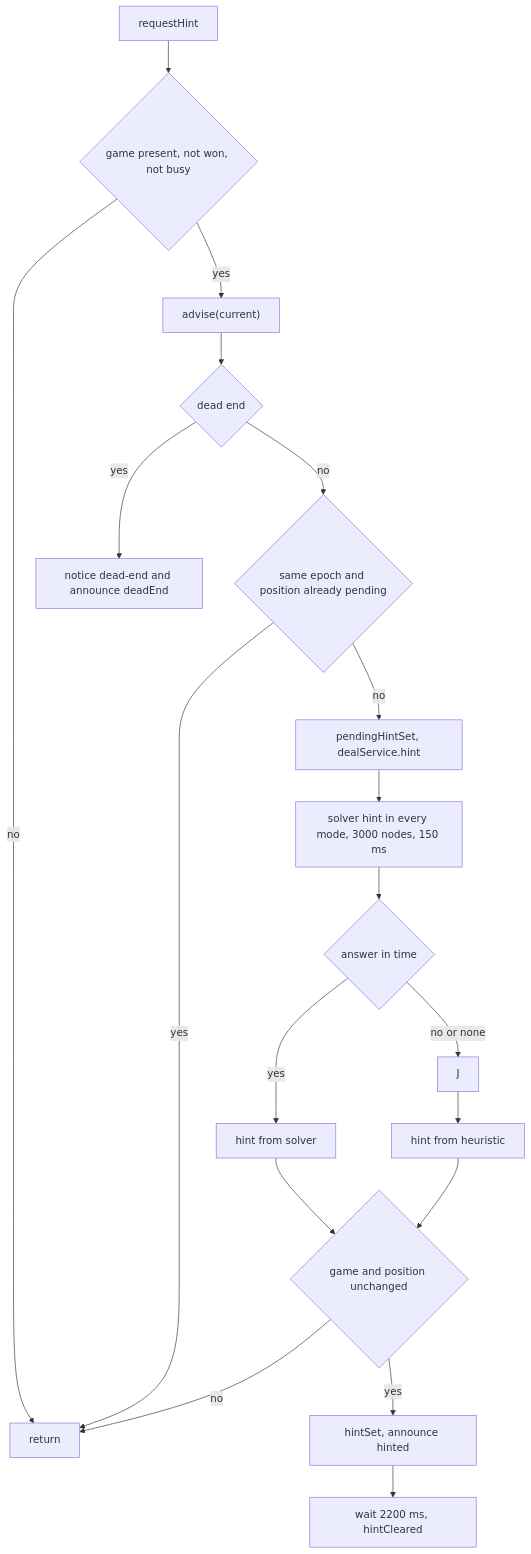
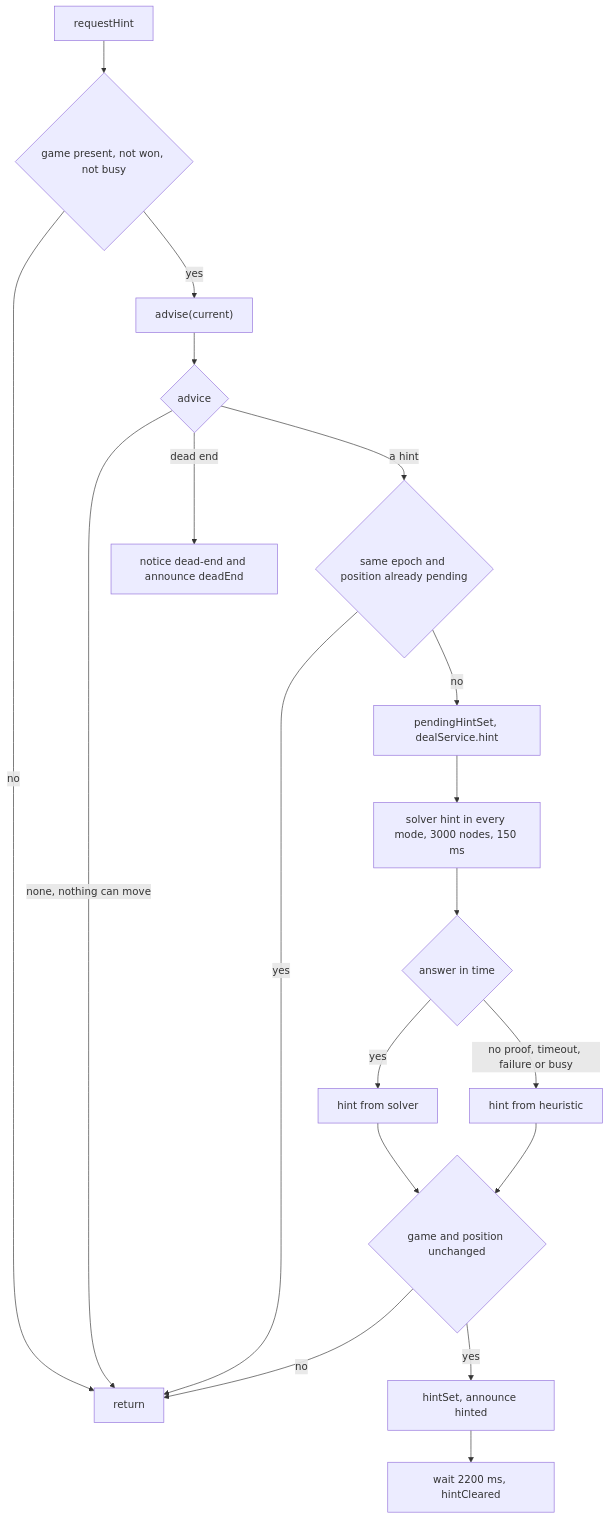
The fourth of 6 diagrams in docs/architecture/data-flows.md (sanyokkua/solitaire), drawn with Mermaid before and after one commit. The commit also changed other lines of this file and 10 other files, not shown here.

Commit message:
docs: architecture docs and module READMEs match the code

````diff
--- a/docs/architecture/data-flows.md
+++ b/docs/architecture/data-flows.md
@@ -179,21 +179,21 @@
 ```mermaid
 flowchart TD
     A["requestHint"] --> B{"game present, not won, not busy"}
     B -- "no" --> Z["return"]
     B -- "yes" --> C["advise(current)"]
-    C --> D{"dead end"}
-    D -- "yes" --> E["notice dead-end and announce deadEnd"]
-    D -- "no" --> F{"same epoch and position already pending"}
+    C --> D{"advice"}
+    D -- "none, nothing can move" --> Z
+    D -- "dead end" --> E["notice dead-end and announce deadEnd"]
+    D -- "a hint" --> F{"same epoch and position already pending"}
     F -- "yes" --> Z
     F -- "no" --> G["pendingHintSet, dealService.hint"]
     G --> I["solver hint in every mode, 3000 nodes, 150 ms"]
     I --> K{"answer in time"}
     K -- "yes" --> L["hint from solver"]
-    K -- "no or none" --> J
-    J --> L2["hint from heuristic"]
+    K -- "no proof, timeout, failure or busy" --> L2["hint from heuristic"]
     L --> M{"game and position unchanged"}
     L2 --> M
     M -- "no" --> Z
     M -- "yes" --> N["hintSet, announce hinted"]
     N --> O["wait 2200 ms, hintCleared"]
 ```
````
